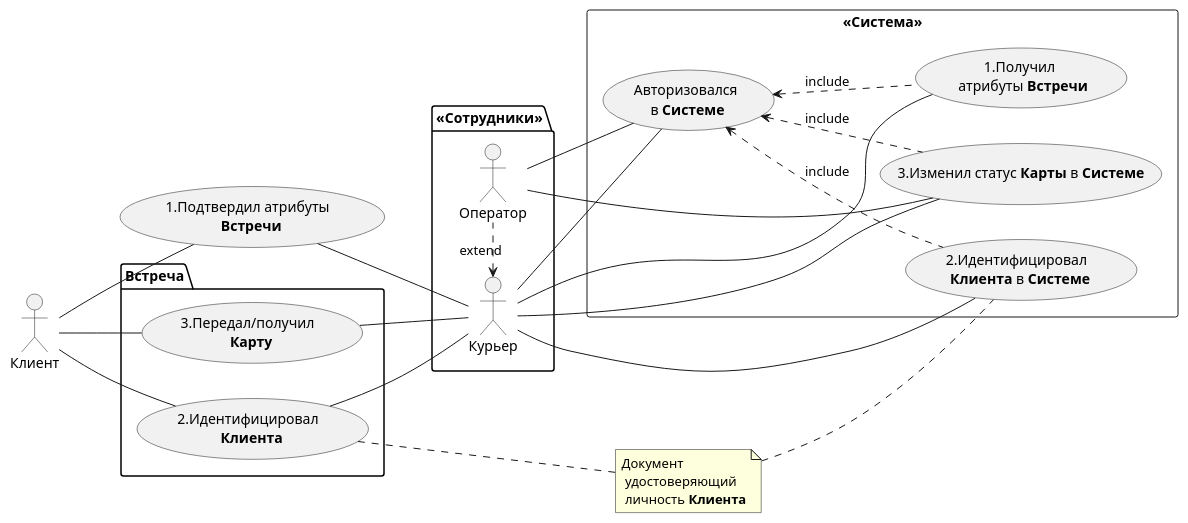
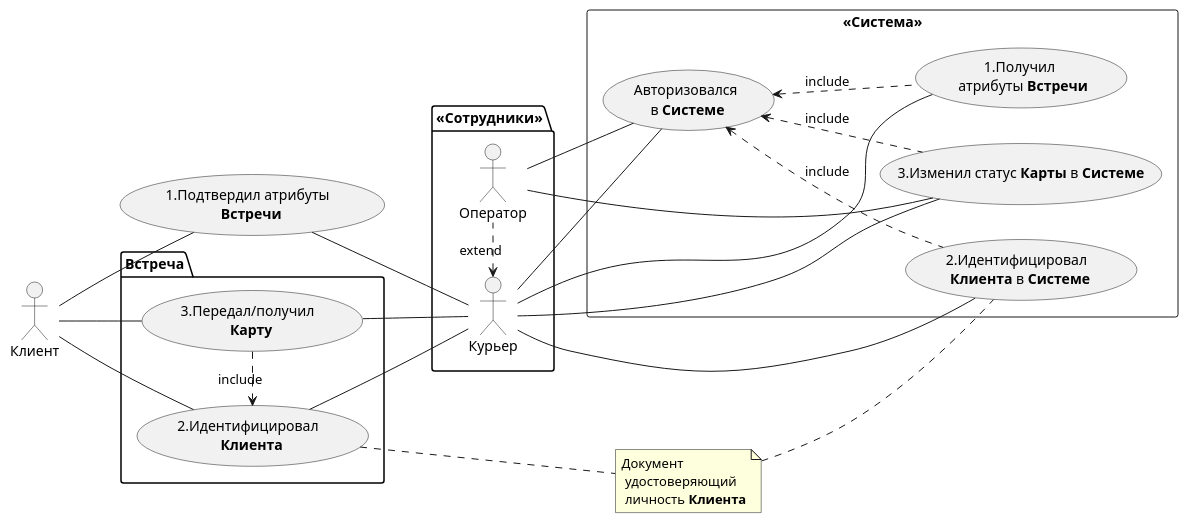
One commit to vnukov-vv/AlfaCampus-SA changed the diagram in HW UML/UML.md. Above: the diagram before and after it, drawn with PlantUML.

````diff
--- a/HW UML/UML.md
+++ b/HW UML/UML.md
@@ -5,46 +5,47 @@
 ```plantuml
 @startuml
 
 left to right direction
 :Клиент: as C
 Package "<<Сотрудники>>"{
 :Курьер: as D
 :Оператор: as O
 }
 Rectangle "<<Система>>" {
 (Авторизовался\n в **Системе**) as (UC0)
 (1.Получил \n атрибуты **Встречи**) as (UC1) 
 (2.Идентифицировал \n **Клиента** в **Системе**) as (UC4)
 (3.Изменил статус **Карты** в **Системе**) as (UC6)
 }
 
 (1.Подтвердил атрибуты \n **Встречи**) as (UC2)
 Package Встреча {
 (2.Идентифицировал \n **Клиента**) as (UC3)
 (3.Передал/получил \n **Карту**) as (UC5)
 }
 
 D -- UC0
 D -- UC1
 D -up- UC2
 C -- UC2
 D -up- UC3
 C -- UC3
 D -- UC4
 D -up- UC5
 C -- UC5
 D -- UC6
 O -- UC0
 O -- UC6
 
 (UC0) <.. (UC1) : include
 (UC0) <.. (UC4) : include
 (UC0) <.. (UC6) : include
+(UC3)<.left.(UC5) : include
 O .left.> D : extend
 
 Note "Документ\n удостоверяющий\n личность **Клиента**" as N1
 UC3 .. N1
 N1 .. UC4
 
 @enduml
 ```
````
